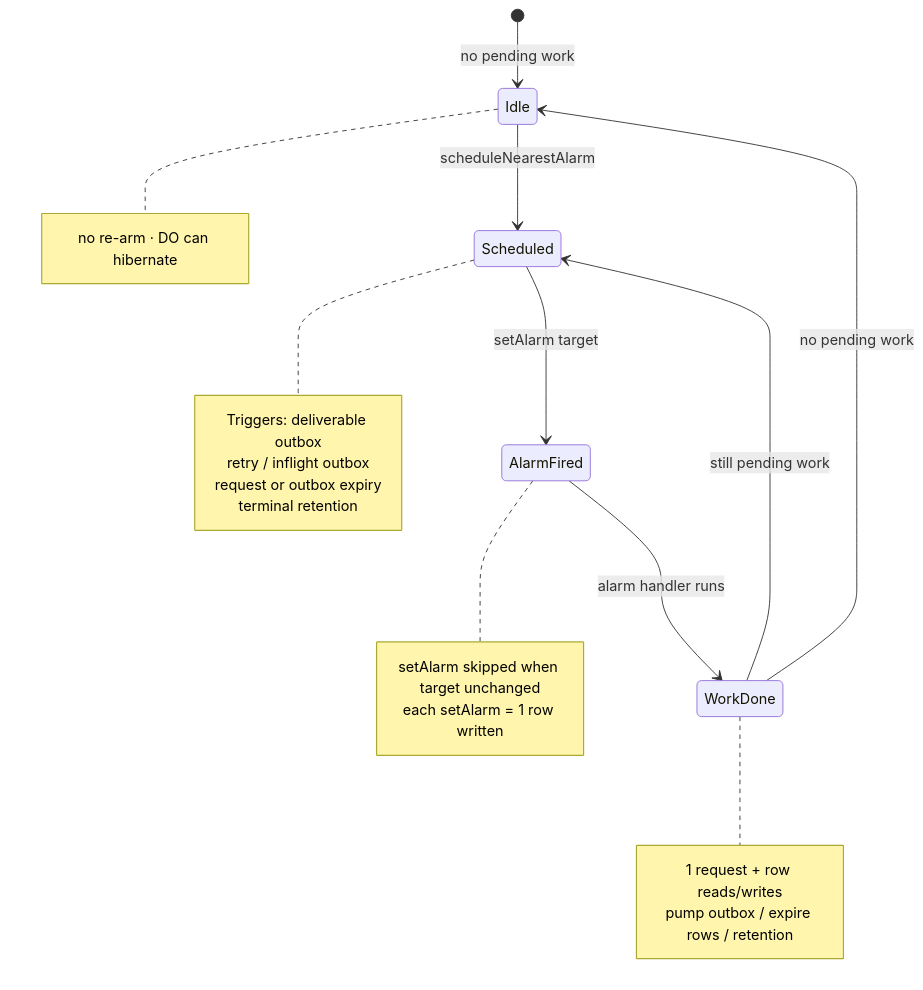
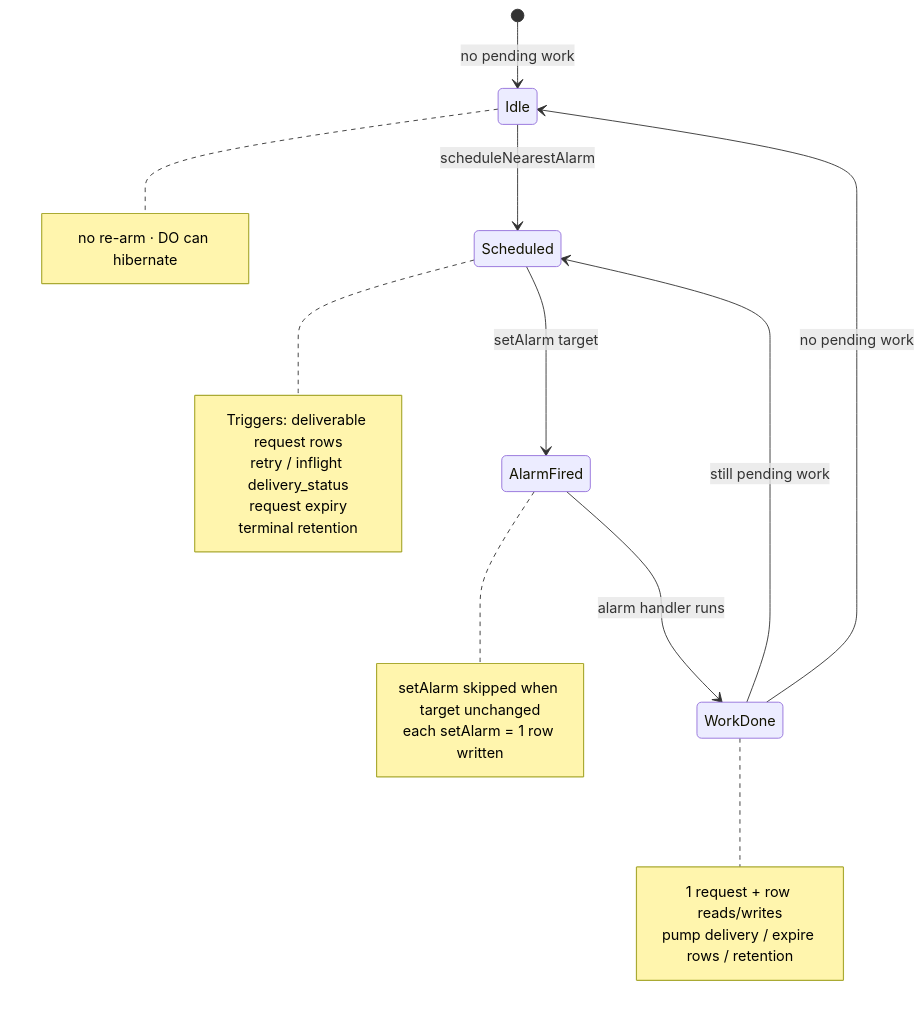
The eighth of 8 diagrams in docs/architecture/daemon-cell.mdx (TurboPanel/website), drawn with Mermaid before and after one commit. The commit also changed other lines of this file, not shown here.

````diff
--- a/docs/architecture/daemon-cell.mdx
+++ b/docs/architecture/daemon-cell.mdx
@@ -476,30 +479,30 @@
 ```mermaid
 stateDiagram-v2
     [*] --> Idle: no pending work
 
     Idle --> Scheduled: scheduleNearestAlarm
     note right of Scheduled
-        Triggers: deliverable outbox
-        retry / inflight outbox
-        request or outbox expiry
+        Triggers: deliverable request rows
+        retry / inflight delivery_status
+        request expiry
         terminal retention
     end note
 
     Scheduled --> AlarmFired: setAlarm target
     note right of AlarmFired
         setAlarm skipped when target unchanged
         each setAlarm = 1 row written
     end note
 
     AlarmFired --> WorkDone: alarm handler runs
     note right of WorkDone
         1 request + row reads/writes
-        pump outbox / expire rows / retention
+        pump delivery / expire rows / retention
     end note
 
     WorkDone --> Scheduled: still pending work
     WorkDone --> Idle: no pending work
     note right of Idle
         no re-arm · DO can hibernate
     end note
 ```
````
